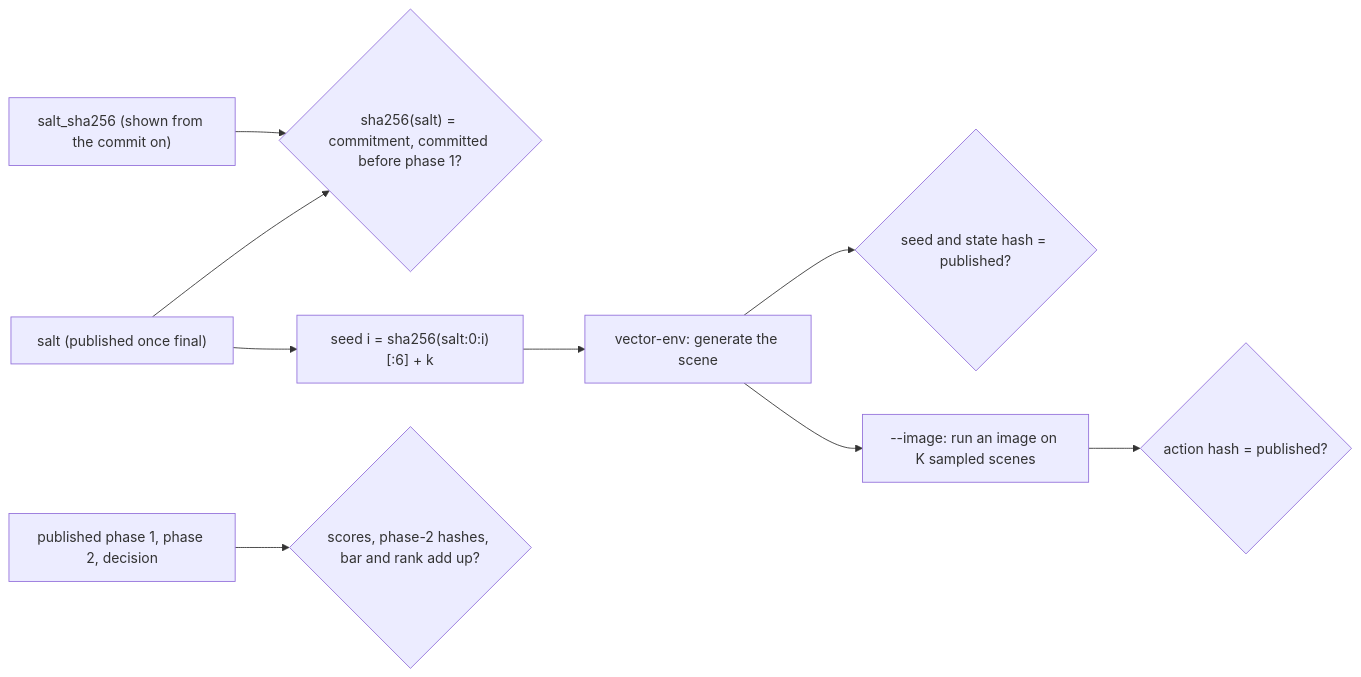
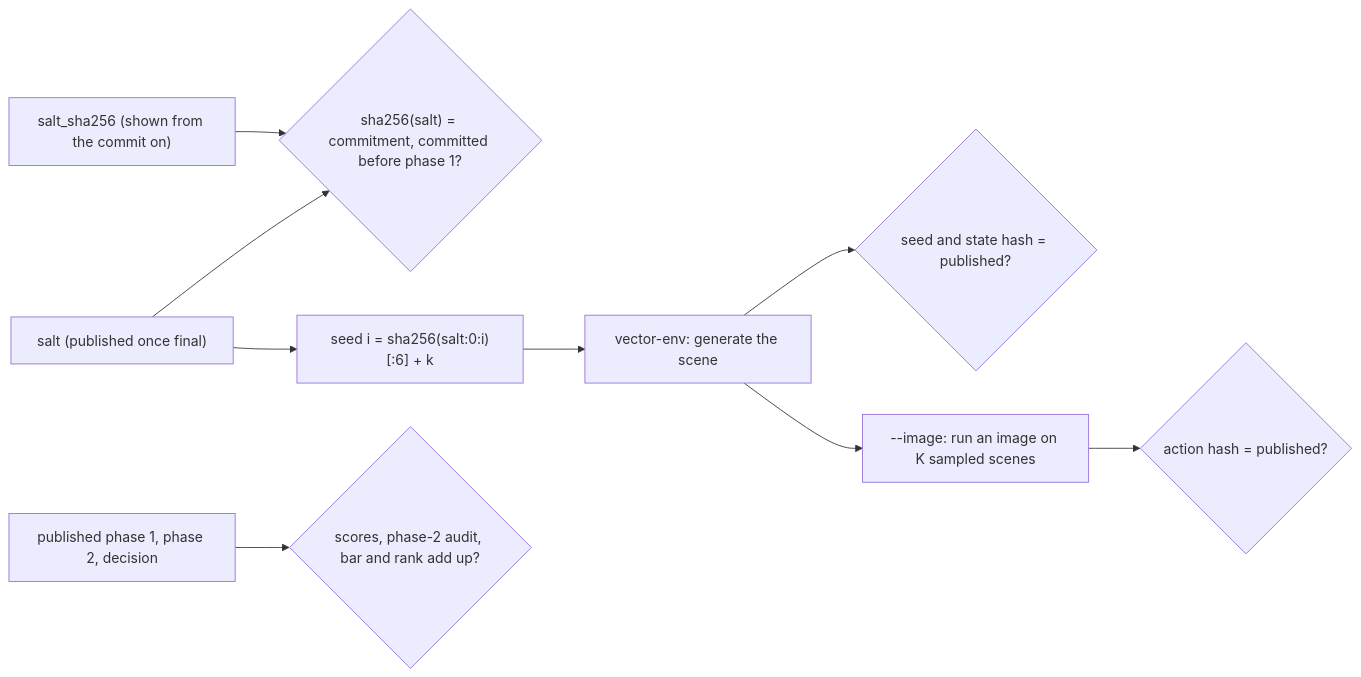
Before and after one commit to robotensor/vector-miner: the fourth of 4 diagrams in skills/bin-picking/expert/README.md, drawn with Mermaid. The commit also changed other lines of this file and 11 other files, not shown here.

````diff
--- a/skills/bin-picking/expert/README.md
+++ b/skills/bin-picking/expert/README.md
@@ -496,11 +531,11 @@
 ```mermaid
 flowchart LR
   CM["salt_sha256 (shown from the commit on)"] --> CK{"sha256(salt) = commitment, committed before phase 1?"}
   S["salt (published once final)"] --> CK
   S --> SD["seed i = sha256(salt:0:i)[:6] + k"]
   SD --> G["vector-env: generate the scene"]
   G --> H{"seed and state hash = published?"}
-  D["published phase 1, phase 2, decision"] --> C{"scores, phase-2 hashes, bar and rank add up?"}
+  D["published phase 1, phase 2, decision"] --> C{"scores, phase-2 audit, bar and rank add up?"}
   G --> R["--image: run an image on K sampled scenes"]
   R --> A{"action hash = published?"}
 ```
````
